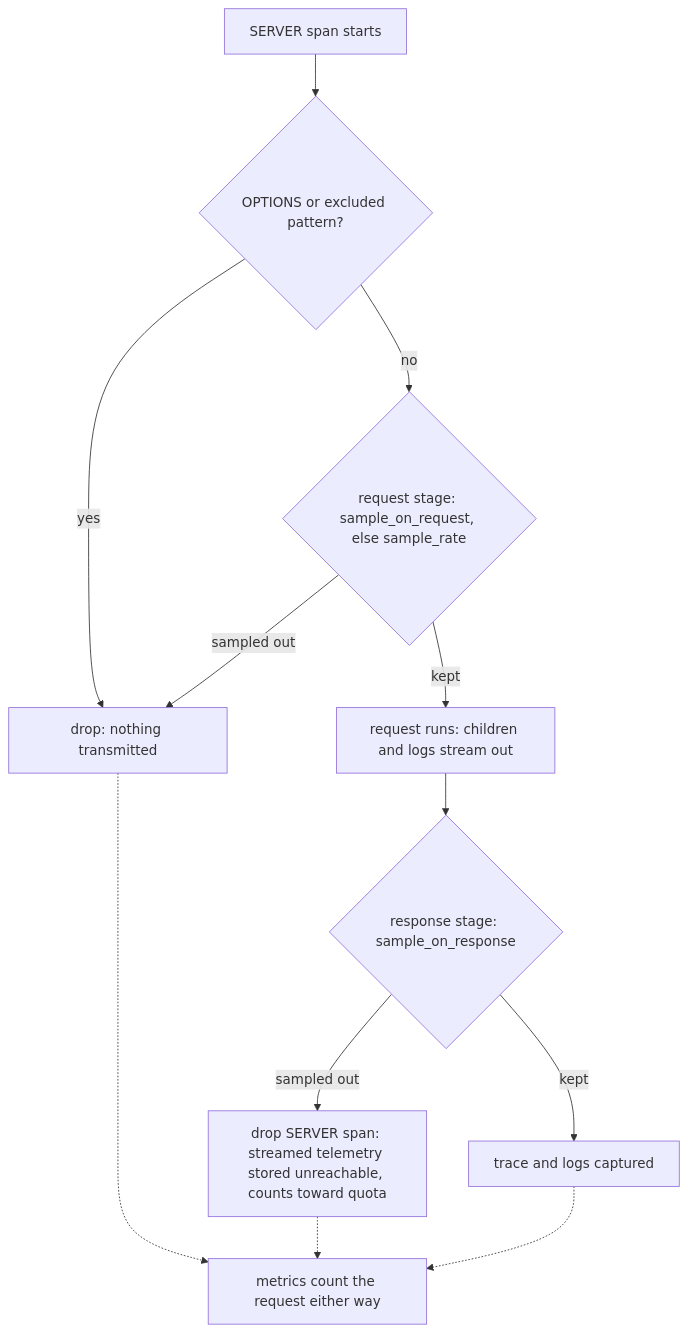
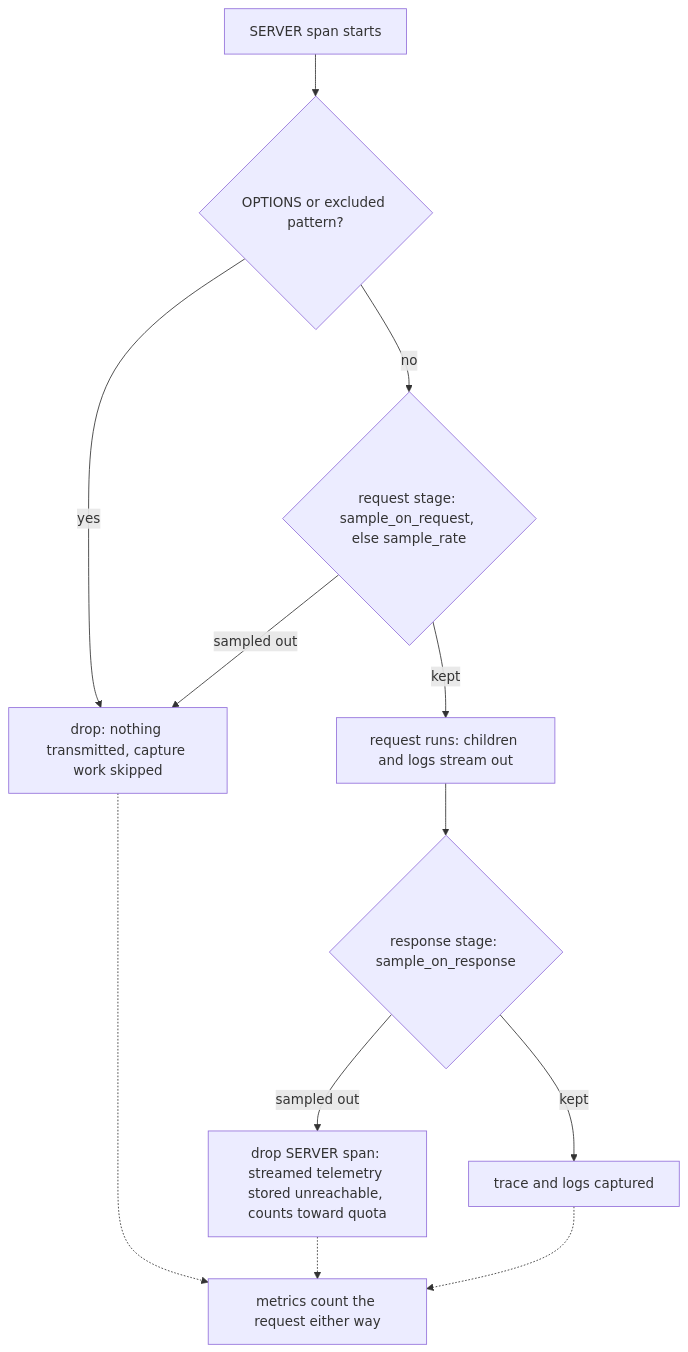
Before and after one commit to apitally/apitally-py: the first of 2 diagrams in v1/sampling.md, drawn with Mermaid. The commit also changed other lines of this file, not shown here.

````diff
--- a/v1/sampling.md
+++ b/v1/sampling.md
@@ -58,14 +61,14 @@
 ```mermaid
 flowchart TB
   REQ[SERVER span starts] --> EXCL{OPTIONS or excluded pattern?}
-  EXCL -- yes --> DROP1[drop: nothing transmitted]
+  EXCL -- yes --> DROP1[drop: nothing transmitted, capture work skipped]
   EXCL -- no --> RS{request stage: sample_on_request, else sample_rate}
   RS -- sampled out --> DROP1
   RS -- kept --> LIVE[request runs: children and logs stream out]
   LIVE --> RESP{response stage: sample_on_response}
   RESP -- sampled out --> DROP2[drop SERVER span: streamed telemetry stored unreachable, counts toward quota]
   RESP -- kept --> KEEP[trace and logs captured]
   DROP1 -.-> M[metrics count the request either way]
   DROP2 -.-> M
   KEEP -.-> M
 ```
````
